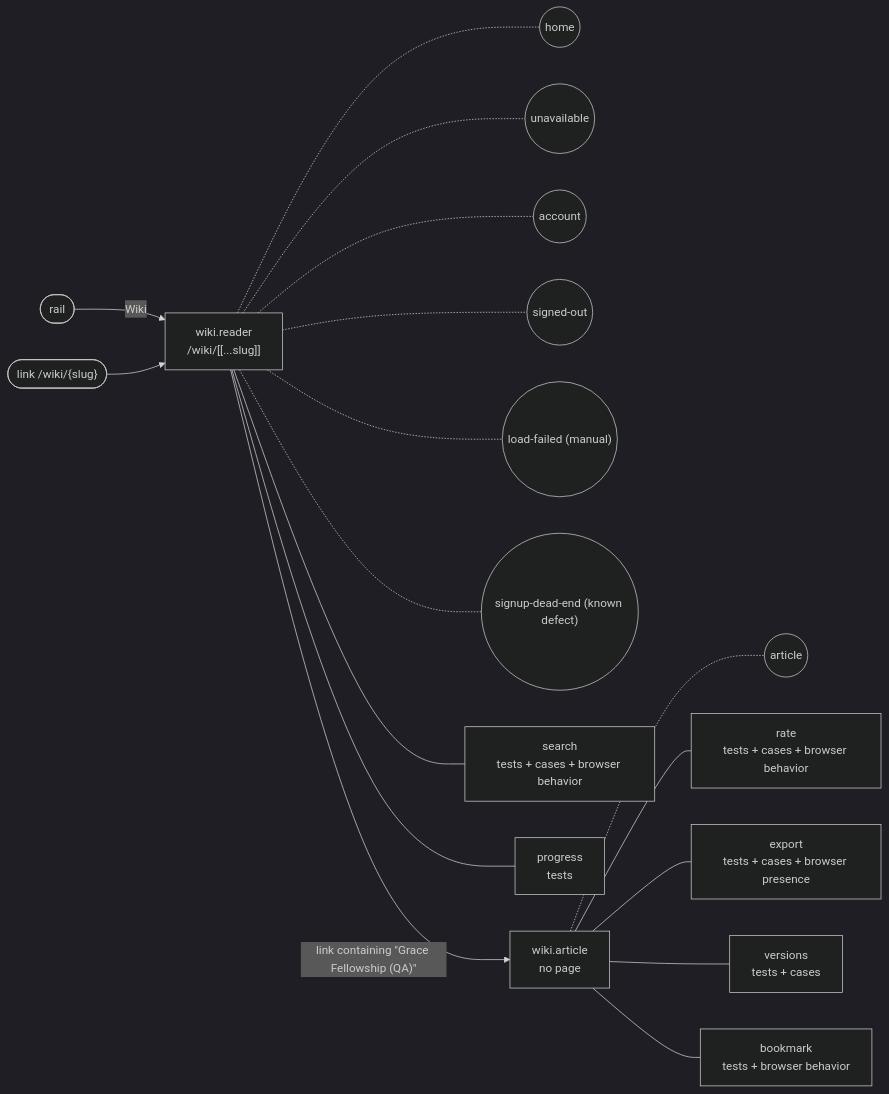
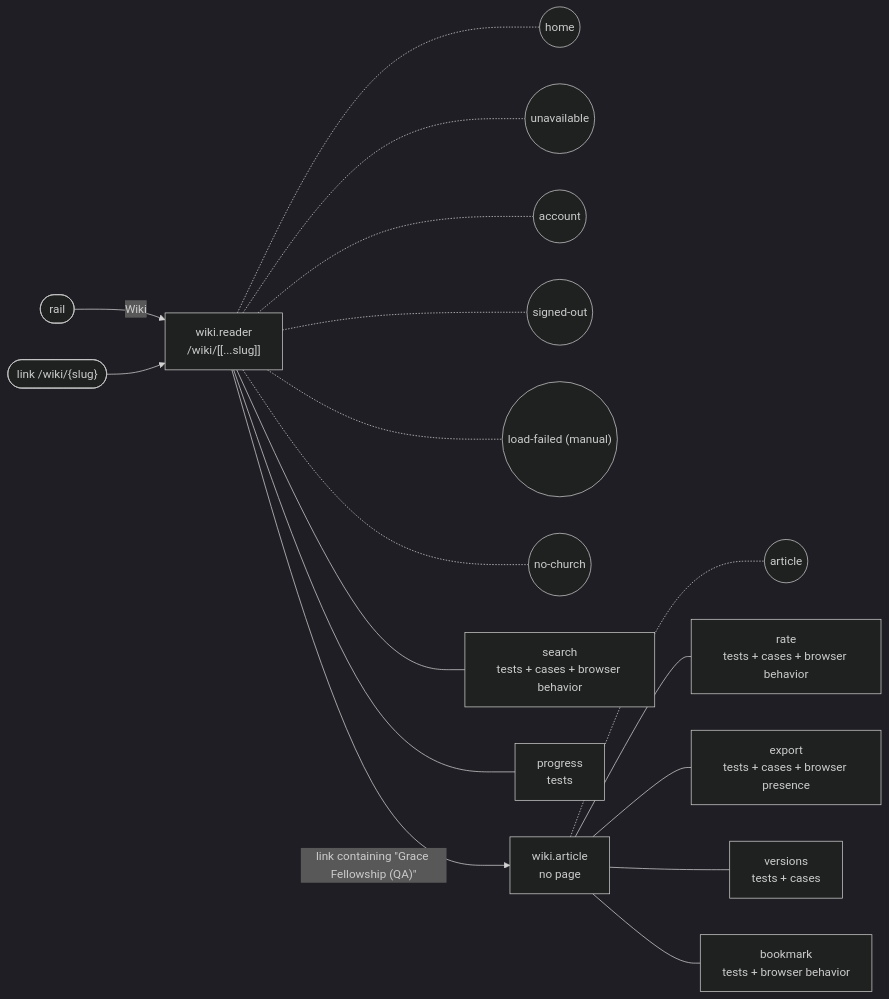
The diagram in docs/feature-maps/wiki.md (SebastianGarces/everyfield), drawn with Mermaid (dark theme) before and after one commit. The commit also changed other lines of this file and 15 other files, not shown here.

````diff
--- a/docs/feature-maps/wiki.md
+++ b/docs/feature-maps/wiki.md
@@ -6,23 +6,23 @@
 ```mermaid
 flowchart LR
   rail(["rail"])
   s0_link1(["link /wiki/{slug}"])
   s0["wiki.reader<br/>/wiki/[[...slug]]"]
   rail -- "Wiki" --> s0
   s0_link1 --> s0
   s0 -.- s0_st0(("home"))
   s0 -.- s0_st1(("unavailable"))
   s0 -.- s0_st2(("account"))
   s0 -.- s0_st3(("signed-out"))
   s0 -.- s0_st4(("load-failed (manual)"))
-  s0 -.- s0_st5(("signup-dead-end (known defect)"))
+  s0 -.- s0_st5(("no-church"))
   s0 --- s0_b0["search<br/>tests + cases + browser behavior"]
   s0 --- s0_b1["progress<br/>tests"]
   s1["wiki.article<br/>no page"]
   s0 -- "link containing #quot;Grace Fellowship (QA)#quot;" --> s1
   s1 -.- s1_st0(("article"))
   s1 --- s1_b0["rate<br/>tests + cases + browser behavior"]
   s1 --- s1_b1["export<br/>tests + cases + browser presence"]
   s1 --- s1_b2["versions<br/>tests + cases"]
   s1 --- s1_b3["bookmark<br/>tests + browser behavior"]
 ```
````
